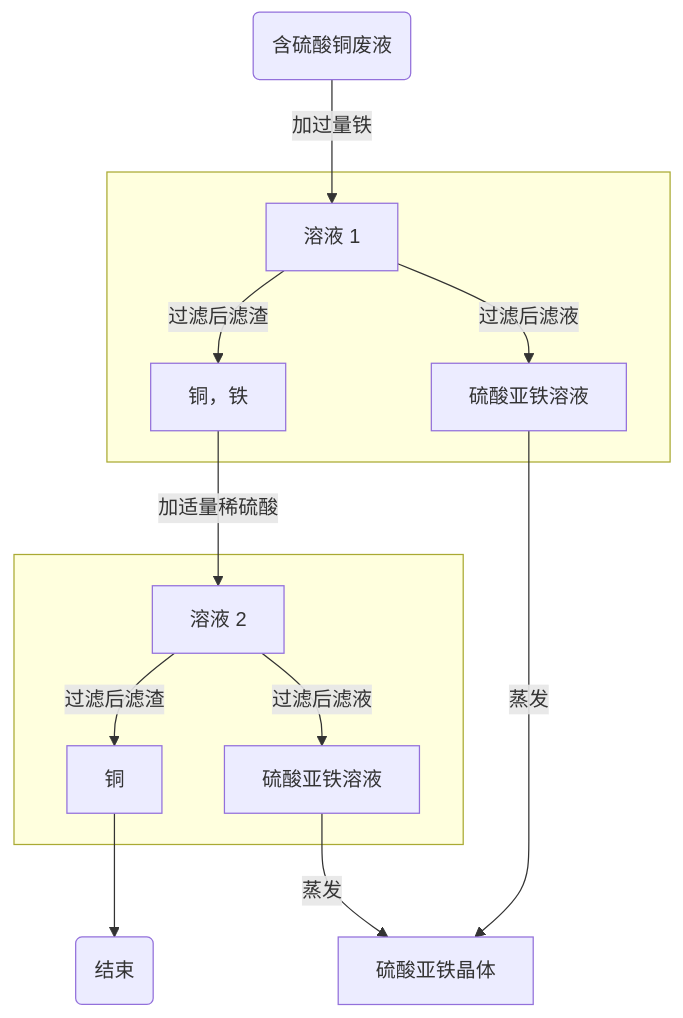
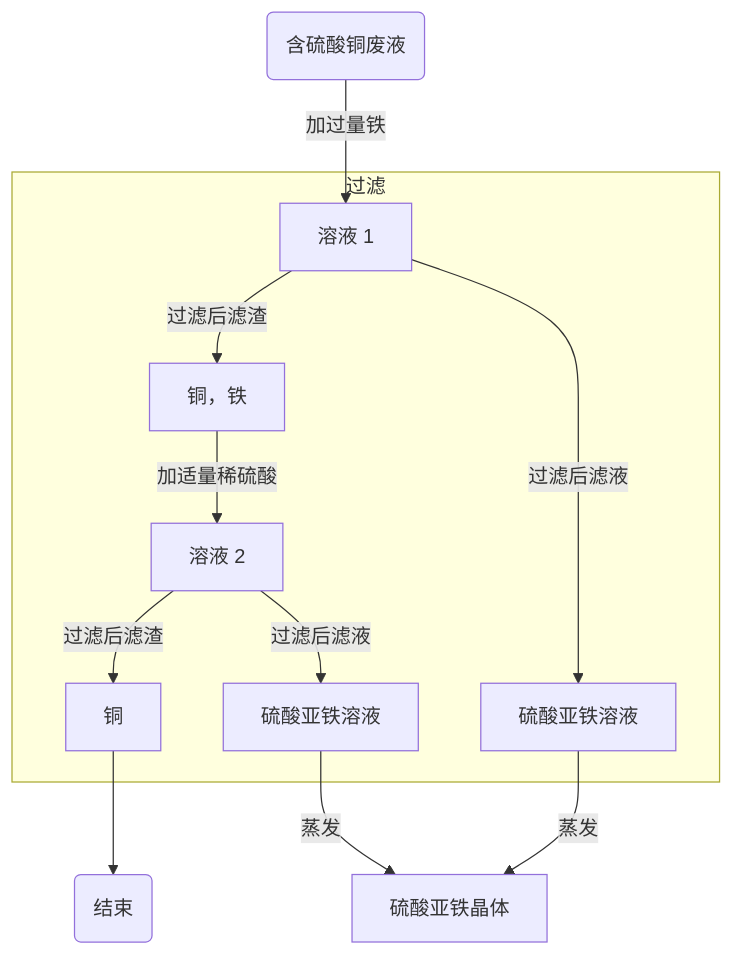
Before and after one commit to scp020/scp020.github.io: the diagram in _posts/note/2023-11-22-chemistry-note-chapter-five.md, drawn with Mermaid.

````diff
--- a/_posts/note/2023-11-22-chemistry-note-chapter-five.md
+++ b/_posts/note/2023-11-22-chemistry-note-chapter-five.md
@@ -102,16 +102,16 @@
 ```mermaid
 graph TB
     A(含硫酸铜废液)--加过量铁-->B[溶液 1]
-subgraph  
+subgraph 过滤
     B--过滤后滤渣-->C[铜，铁]
     B--过滤后滤液-->D[硫酸亚铁溶液]
 end
-subgraph  
+subgraph 过滤
     C--加适量稀硫酸-->E[溶液 2]
     E--过滤后滤渣-->F[铜]
     E--过滤后滤液-->G[硫酸亚铁溶液]
 end
     D--蒸发-->H[硫酸亚铁晶体]
     G--蒸发-->H
     F-->I(结束)
 ```
````
